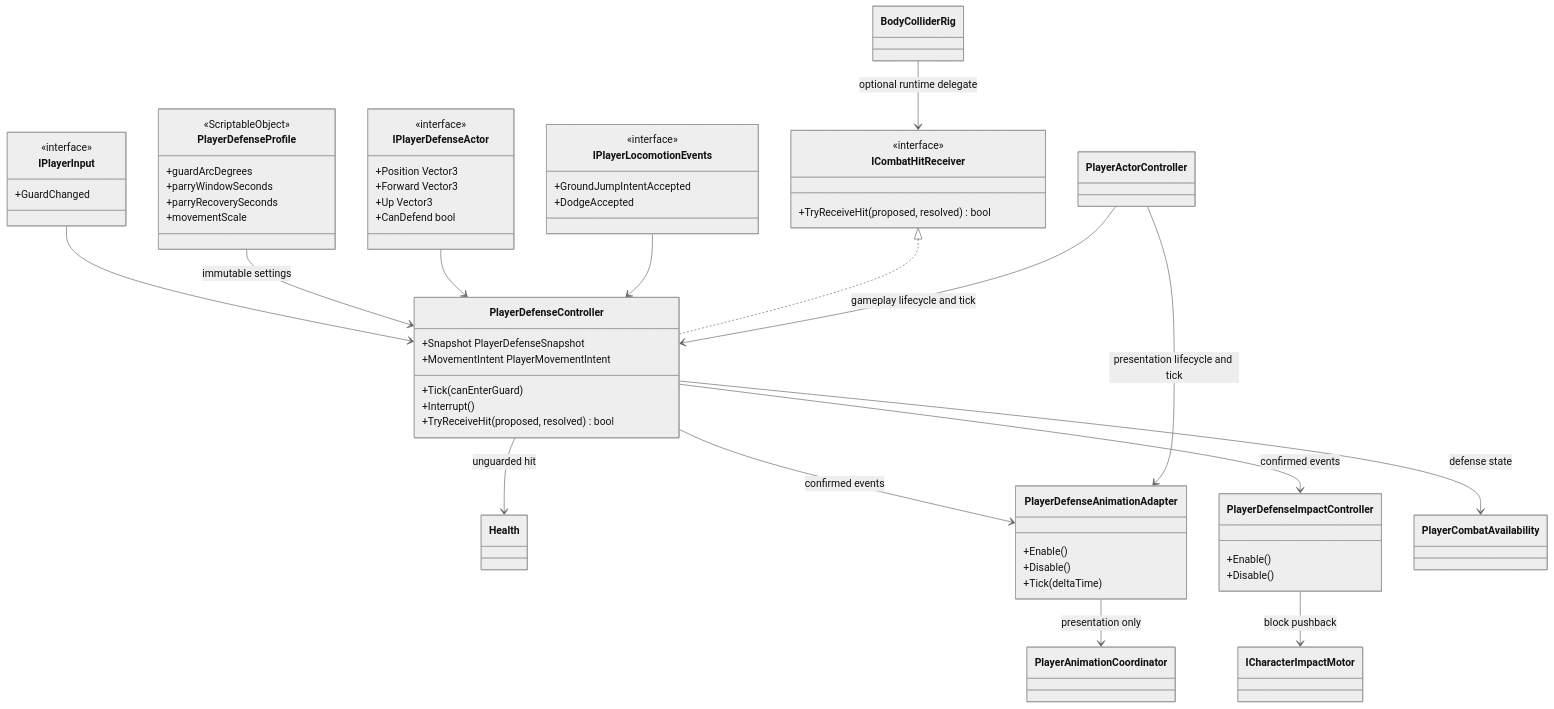
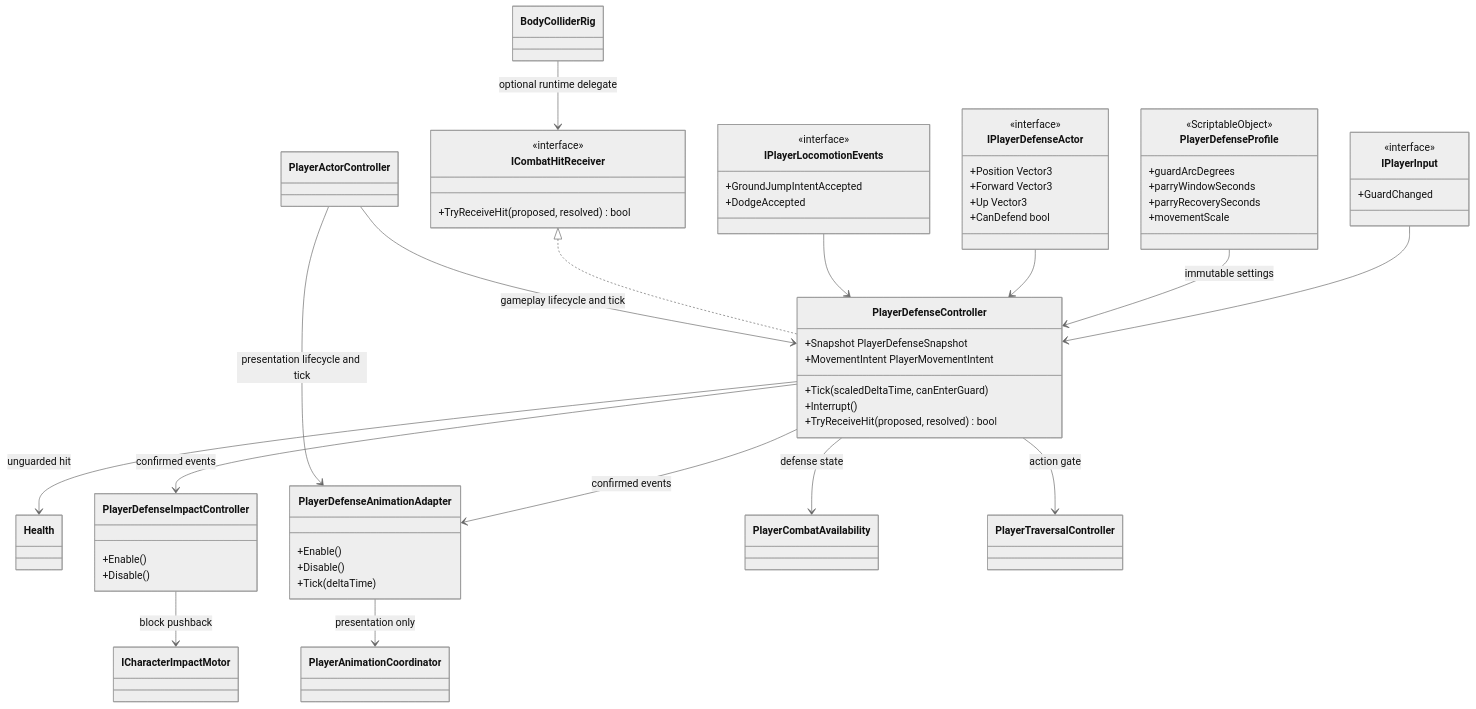
One commit to MaximFonariuc/project-s changed the diagram in Assets/_App/Core/Runtime/Combat/Defense/README.md. Above: the diagram before and after it, drawn with Mermaid (neutral theme). The commit also changed other lines of this file and 12 other files, not shown here.

````diff
--- a/Assets/_App/Core/Runtime/Combat/Defense/README.md
+++ b/Assets/_App/Core/Runtime/Combat/Defense/README.md
@@ -7,67 +7,69 @@
 ```mermaid
 classDiagram
     class IPlayerInput {
         <<interface>>
         +GuardChanged
     }
     class PlayerDefenseController {
         +Snapshot PlayerDefenseSnapshot
         +MovementIntent PlayerMovementIntent
-        +Tick(canEnterGuard)
+        +Tick(scaledDeltaTime, canEnterGuard)
         +Interrupt()
         +TryReceiveHit(proposed, resolved) bool
     }
     class PlayerDefenseProfile {
         <<ScriptableObject>>
         +guardArcDegrees
         +parryWindowSeconds
         +parryRecoverySeconds
         +movementScale
     }
     class IPlayerDefenseActor {
         <<interface>>
         +Position Vector3
         +Forward Vector3
         +Up Vector3
         +CanDefend bool
     }
     class IPlayerLocomotionEvents {
         <<interface>>
         +GroundJumpIntentAccepted
         +DodgeAccepted
     }
     class ICombatHitReceiver {
         <<interface>>
         +TryReceiveHit(proposed, resolved) bool
     }
     class BodyColliderRig
     class Health
     class PlayerDefenseAnimationAdapter {
         +Enable()
         +Disable()
         +Tick(deltaTime)
     }
     class PlayerDefenseImpactController {
         +Enable()
         +Disable()
     }
     class ICharacterImpactMotor
     class PlayerAnimationCoordinator
     class PlayerCombatAvailability
     class PlayerActorController
+    class PlayerTraversalController
 
     IPlayerInput --> PlayerDefenseController
     PlayerDefenseProfile --> PlayerDefenseController : immutable settings
     IPlayerDefenseActor --> PlayerDefenseController
     IPlayerLocomotionEvents --> PlayerDefenseController
     ICombatHitReceiver <|.. PlayerDefenseController
     BodyColliderRig --> ICombatHitReceiver : optional runtime delegate
     PlayerDefenseController --> Health : unguarded hit
     PlayerDefenseController --> PlayerDefenseAnimationAdapter : confirmed events
     PlayerDefenseController --> PlayerDefenseImpactController : confirmed events
     PlayerDefenseImpactController --> ICharacterImpactMotor : block pushback
     PlayerDefenseAnimationAdapter --> PlayerAnimationCoordinator : presentation only
     PlayerDefenseController --> PlayerCombatAvailability : defense state
+    PlayerDefenseController --> PlayerTraversalController : action gate
     PlayerActorController --> PlayerDefenseController : gameplay lifecycle and tick
     PlayerActorController --> PlayerDefenseAnimationAdapter : presentation lifecycle and tick
 ```
````
